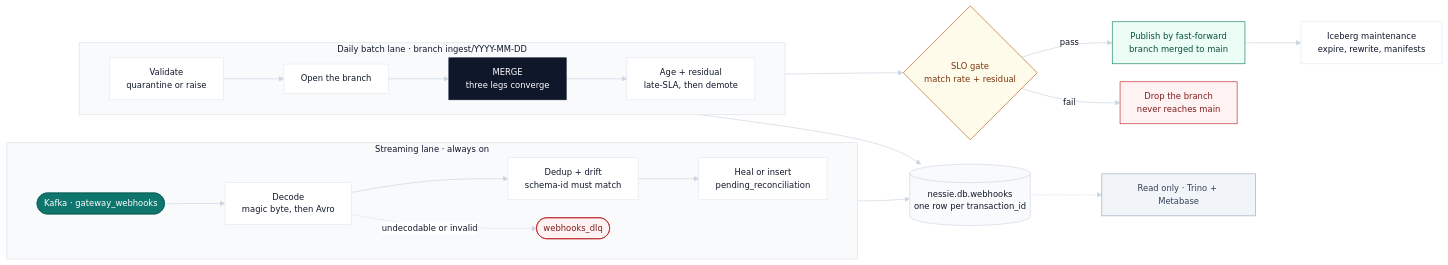
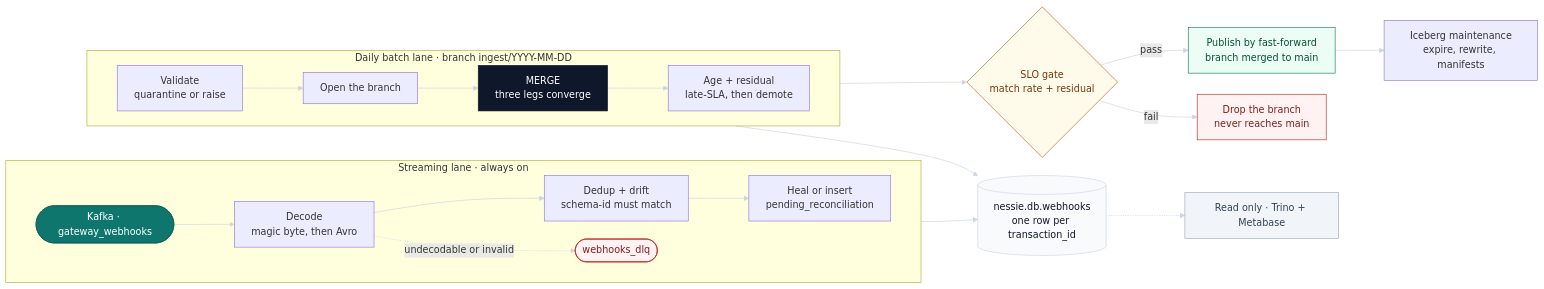
The diagram in README.md (DhanushPillay/tx-recon), drawn with Mermaid before and after one commit. The commit also changed 2 other files, not shown here.

Commit message:
docs: let the diagrams follow the reader's light or dark mode
The three blocks locked theme base plus a full light themeVariables
palette and !important lane fills. On a dark page the derived fills
went dark while the explicit dark text stayed dark, so the lanes read
as near-black slabs. The init now pins only the renderer (look
classic, layout dagre, the measured spacing) and the blocks keep only
their own node colours, where each explicit fill still travels with
its explicit text colour. Everything page-dependent follows the host
theme instead.

Verified against real Chromium on mermaid 12 and 10.9.4, the version
line GitHub renders: all six landscape (readme 4.99/6.10, legs
2.07/2.90, decision 3.68/4.71), zero overlaps, overflow, crossings
or backward edges, screenshots read back by eye. Setting darkMode
true locally does not reproduce the GitHub inversion, so that knob
was not the lever and was left alone. The contract test fails when a
theme, themeVariables or lane fill is reintroduced.

````diff
--- a/README.md
+++ b/README.md
@@ -87,36 +87,34 @@
 ```mermaid
-%%{init: {"theme": "base", "look": "classic", "layout": "dagre", "themeVariables": {"fontSize": "14px", "primaryColor": "#FFFFFF", "primaryTextColor": "#0F172A", "primaryBorderColor": "#E2E8F0", "lineColor": "#CBD5E1", "secondaryColor": "#F8FAFC", "tertiaryColor": "#F1F5F9", "clusterBkg": "#FCFCFD", "clusterBorder": "#EEF2F7", "edgeLabelBackground": "#FFFFFF", "mainBkg": "#FFFFFF", "titleColor": "#0F172A", "useGradient": false}, "flowchart": {"curve": "basis", "nodeSpacing": 30, "rankSpacing": 76, "padding": 14, "useMaxWidth": true}}}%%
+%%{init: {"look": "classic", "layout": "dagre", "flowchart": {"curve": "basis", "nodeSpacing": 30, "rankSpacing": 76, "padding": 14, "useMaxWidth": true}}}%%
 flowchart LR
   subgraph SL["Streaming lane · always on"]
     direction LR
     K(["Kafka · gateway_webhooks"]):::ing --> D["Decode<br/>magic byte, then Avro"] --> DD["Dedup + drift<br/>schema-id must match"] --> H["Heal or insert<br/>pending_reconciliation"]
     D -.->|"undecodable or invalid"| DQ(["webhooks_dlq"]):::dead
   end
 
   subgraph BL["Daily batch lane · branch ingest/YYYY-MM-DD"]
     direction LR
     V["Validate<br/>quarantine or raise"] --> OB["Open the branch"] --> M["MERGE<br/>three legs converge"]:::merge --> AR["Age + residual<br/>late-SLA, then demote"]
   end
 
   T[("nessie.db.webhooks<br/>one row per transaction_id")]:::store
   H --> T
   M --> T
 
   AR --> G{"SLO gate<br/>match rate + residual"}:::gate
   G -->|"pass"| P["Publish by fast-forward<br/>branch merged to main"]:::publish
   P --> MT["Iceberg maintenance<br/>expire, rewrite, manifests"]
   G -->|"fail"| X["Drop the branch<br/>never reaches main"]:::dead
 
   T -.-> RO["Read only · Trino + Metabase"]:::serve
 
   classDef ing fill:#0F766E,stroke:#0B5F58,color:#FFFFFF,stroke-width:1px;
   classDef merge fill:#0F172A,stroke:#0F172A,color:#FFFFFF,stroke-width:1px;
   classDef store fill:#F8FAFC,stroke:#CBD5E1,color:#0F172A,stroke-width:1px;
   classDef gate fill:#FFFBEB,stroke:#B45309,color:#78350F,stroke-width:1px;
   classDef publish fill:#ECFDF5,stroke:#047857,color:#064E3B,stroke-width:1px;
   classDef dead fill:#FEF2F2,stroke:#B91C1C,color:#7F1D1D,stroke-width:1px;
   classDef serve fill:#F1F5F9,stroke:#94A3B8,color:#334155,stroke-width:1px;
-  style SL fill:#F8FAFC,stroke:#D8DEE6,stroke-width:1px;
-  style BL fill:#F8FAFC,stroke:#D8DEE6,stroke-width:1px;
   linkStyle default stroke:#CBD5E1,stroke-width:1.1px;
 ```
````
